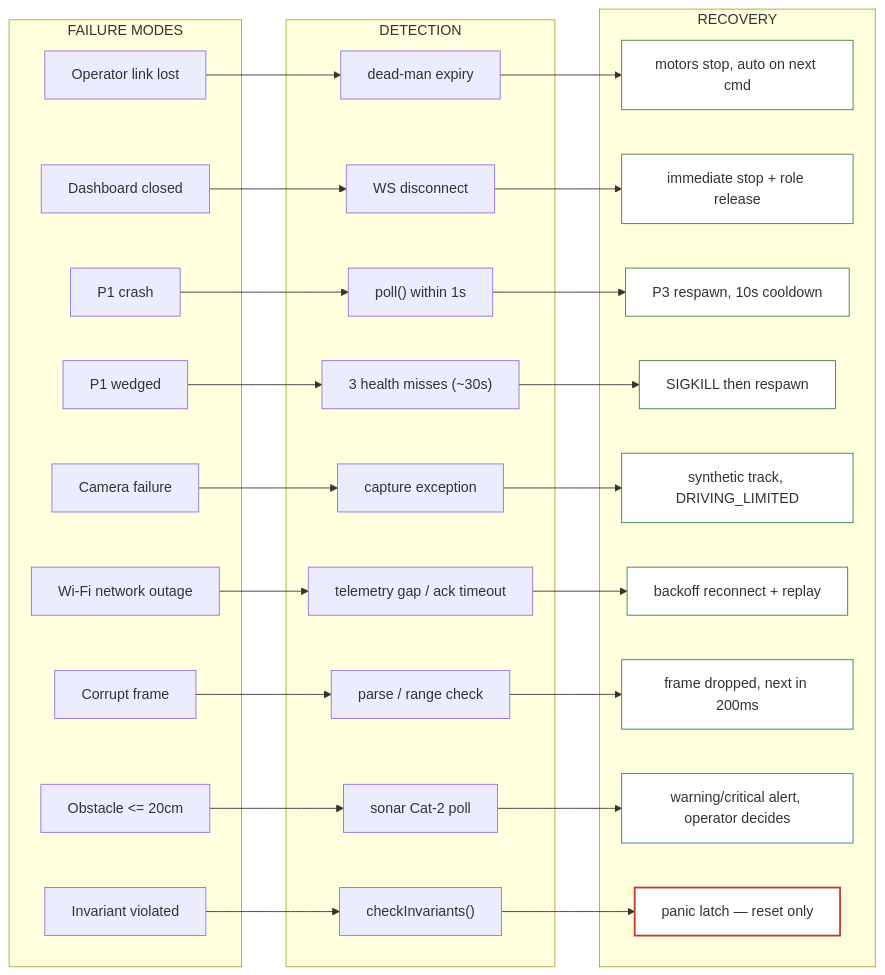
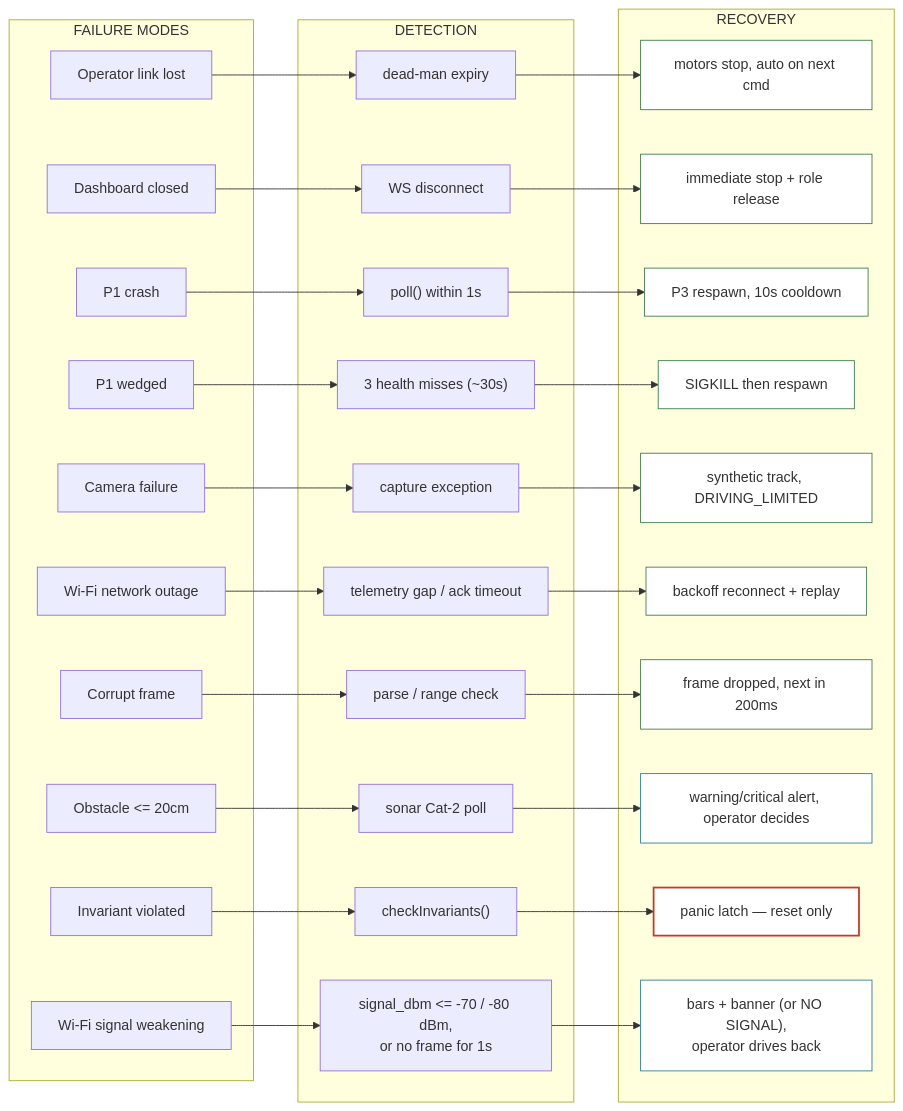
One commit to baiust999/robort-code-from-pi changed diagram 11 of 16 in docs/ARCHITECTURE.md. Above: the diagram before and after it, drawn with Mermaid. The commit also changed other lines of this file and 11 other files, not shown here.

````diff
--- a/docs/ARCHITECTURE.md
+++ b/docs/ARCHITECTURE.md
@@ -449,55 +458,59 @@
 ```mermaid
 flowchart LR
     subgraph faults["FAILURE MODES"]
         f1["Operator link lost"]
         f2["Dashboard closed"]
         f3["P1 crash"]
         f4["P1 wedged"]
         f5["Camera failure"]
         f6["Wi-Fi network outage"]
         f7["Corrupt frame"]
         f8["Obstacle <= 20cm"]
         f9["Invariant violated"]
+        f10["Wi-Fi signal weakening"]
     end
 
     subgraph detect["DETECTION"]
         d1["dead-man expiry"]
         d2["WS disconnect"]
         d3["poll() within 1s"]
         d4["3 health misses (~30s)"]
         d5["capture exception"]
         d6["telemetry gap / ack timeout"]
         d7["parse / range check"]
         d8["sonar Cat-2 poll"]
         d9["checkInvariants()"]
+        d10["signal_dbm <= -70 / -80 dBm,<br/>or no frame for 1s"]
     end
 
     subgraph recover["RECOVERY"]
         r1["motors stop, auto on next cmd"]
         r2["immediate stop + role release"]
         r3["P3 respawn, 10s cooldown"]
         r4["SIGKILL then respawn"]
         r5["synthetic track, DRIVING_LIMITED"]
         r6["backoff reconnect + replay"]
         r7["frame dropped, next in 200ms"]
         r8["warning/critical alert, operator decides"]
         r9["panic latch — reset only"]
+        r10["bars + banner (or NO SIGNAL),<br/>operator drives back"]
     end
 
     f1-->d1-->r1
     f2-->d2-->r2
     f3-->d3-->r3
     f4-->d4-->r4
     f5-->d5-->r5
     f6-->d6-->r6
     f7-->d7-->r7
     f8-->d8-->r8
     f9-->d9-->r9
+    f10-->d10-->r10
 
     classDef auto fill:#fff,stroke:#3E7D4C;
     classDef manual fill:#fff,stroke:#C4392B,stroke-width:2px;
     classDef advisory fill:#fff,stroke:#2F7C9E;
     class r1,r2,r3,r4,r5,r6,r7 auto;
     class r9 manual;
-    class r8 advisory;
+    class r8,r10 advisory;
 ```
````
